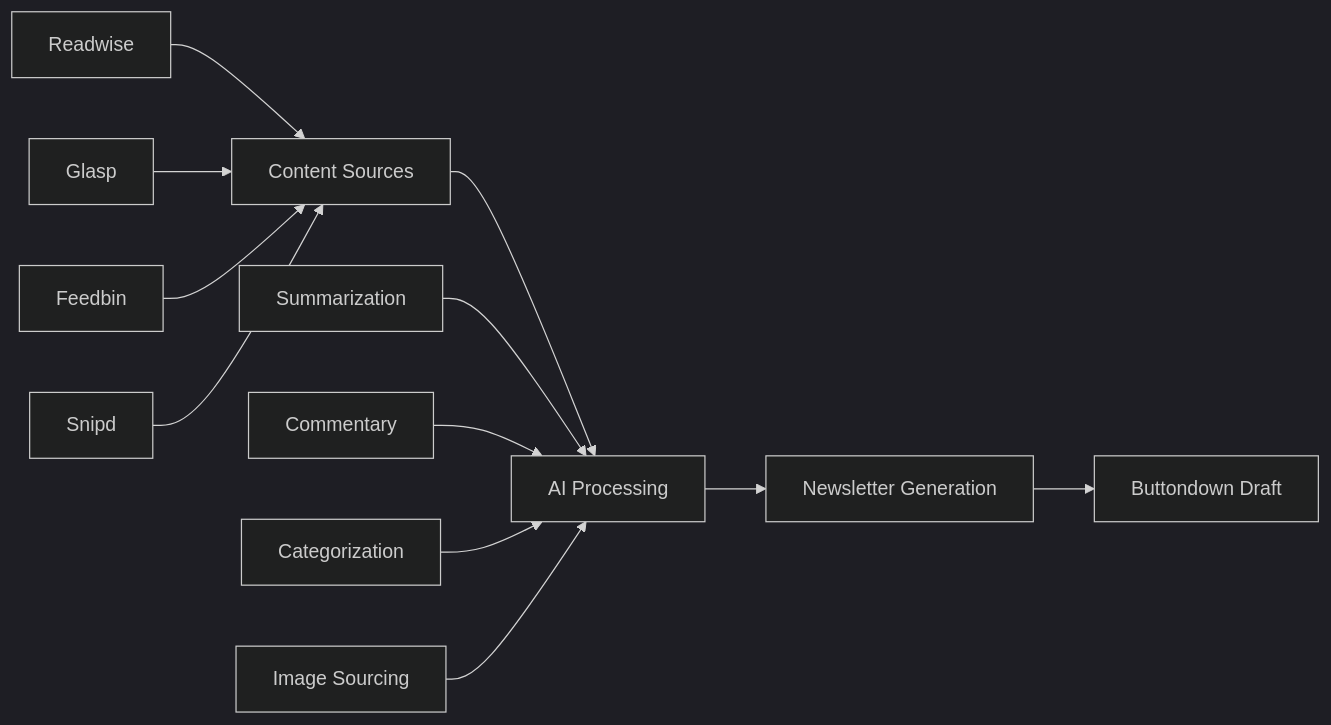
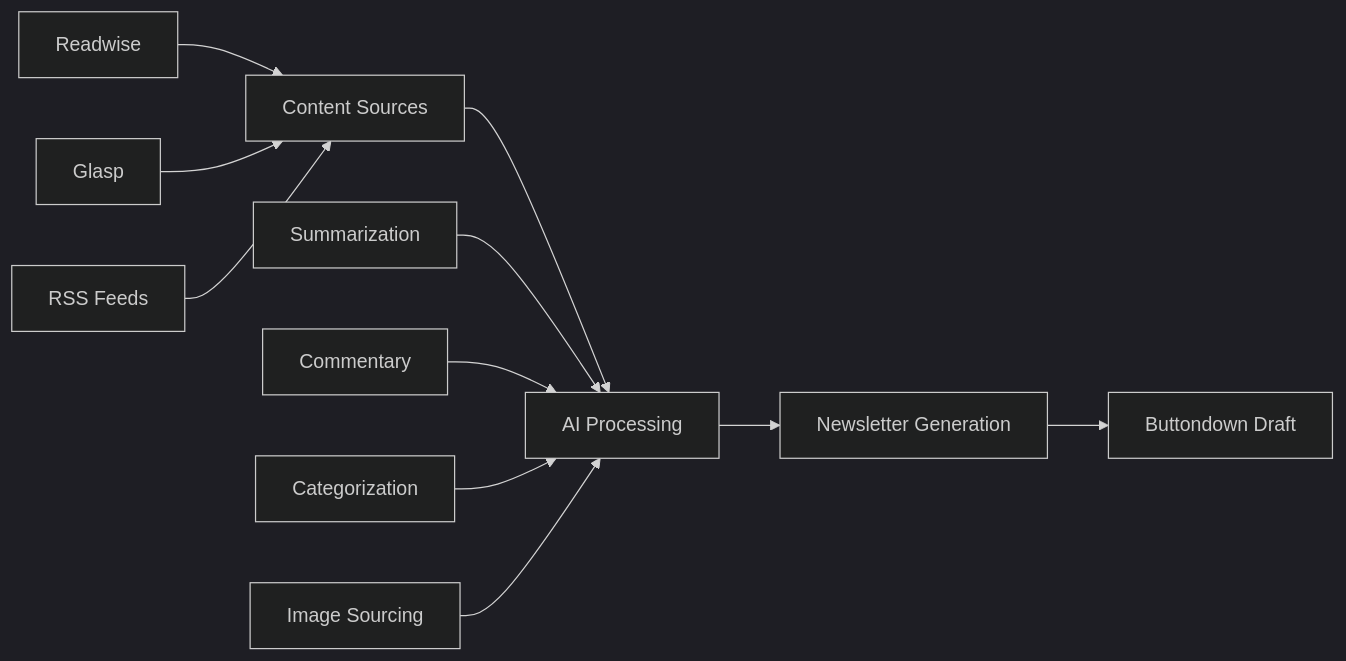
The diagram in README.md (nycterent/thefilter), drawn with Mermaid (dark theme) before and after one commit. The commit also changed other lines of this file and 8 other files, not shown here.

````diff
--- a/README.md
+++ b/README.md
@@ -67,16 +70,15 @@
 ```mermaid
 graph LR
     A[Content Sources] --> B[AI Processing]
     B --> C[Newsletter Generation]
     C --> D[Buttondown Draft]
     
     A1[Readwise] --> A
     A2[Glasp] --> A
-    A3[Feedbin] --> A
-    A4[Snipd] --> A
+    A3[RSS Feeds] --> A
     
     B1[Summarization] --> B
     B2[Commentary] --> B
     B3[Categorization] --> B
     B4[Image Sourcing] --> B
 ```
````
